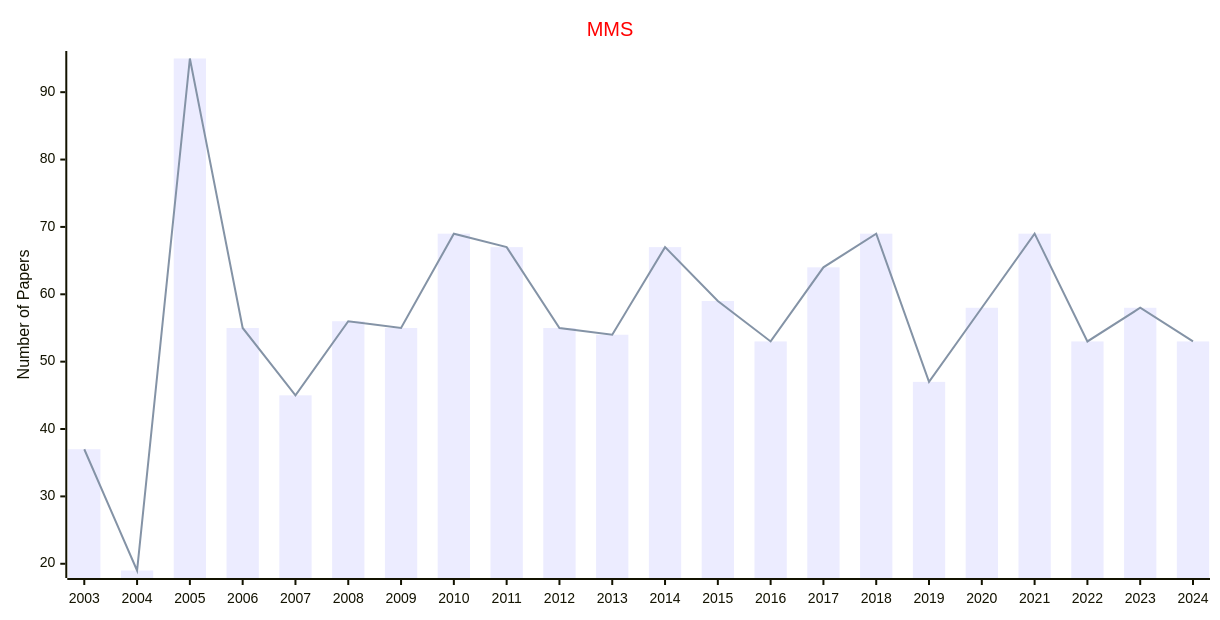
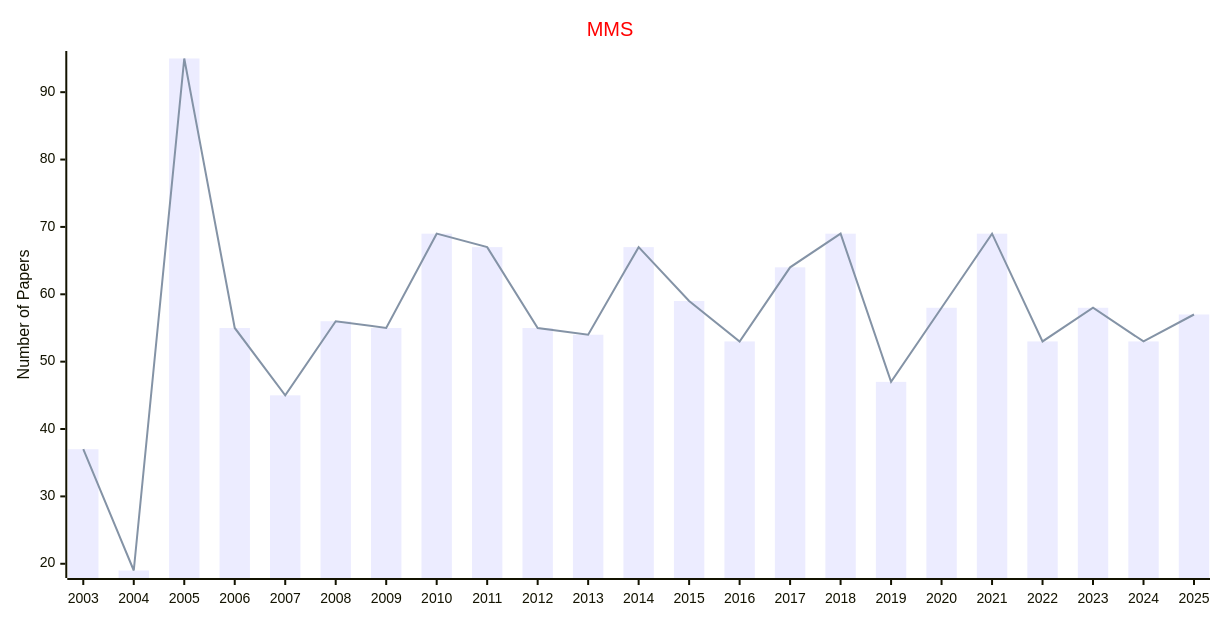
Before and after one commit to Easy-PhD/AILinks: the diagram in docs/data/Journals/Statistics_Journals/Interdisciplinary.md, drawn with Mermaid. The commit also changed 93 other files, not shown here.

````diff
--- a/docs/data/Journals/Statistics_Journals/Interdisciplinary.md
+++ b/docs/data/Journals/Statistics_Journals/Interdisciplinary.md
@@ -9,17 +9,17 @@
 ```mermaid
 ---
 config:
     xyChart:
         width: 1200
         height: 600
     themeVariables:
         xyChart:
             titleColor: "#ff0000"
 ---
 xychart-beta
     title "MMS"
-    x-axis [2003, 2004, 2005, 2006, 2007, 2008, 2009, 2010, 2011, 2012, 2013, 2014, 2015, 2016, 2017, 2018, 2019, 2020, 2021, 2022, 2023, 2024]
+    x-axis [2003, 2004, 2005, 2006, 2007, 2008, 2009, 2010, 2011, 2012, 2013, 2014, 2015, 2016, 2017, 2018, 2019, 2020, 2021, 2022, 2023, 2024, 2025]
     y-axis "Number of Papers"
-    bar [37, 19, 95, 55, 45, 56, 55, 69, 67, 55, 54, 67, 59, 53, 64, 69, 47, 58, 69, 53, 58, 53]
-    line [37, 19, 95, 55, 45, 56, 55, 69, 67, 55, 54, 67, 59, 53, 64, 69, 47, 58, 69, 53, 58, 53]
+    bar [37, 19, 95, 55, 45, 56, 55, 69, 67, 55, 54, 67, 59, 53, 64, 69, 47, 58, 69, 53, 58, 53, 57]
+    line [37, 19, 95, 55, 45, 56, 55, 69, 67, 55, 54, 67, 59, 53, 64, 69, 47, 58, 69, 53, 58, 53, 57]
 ```
````
